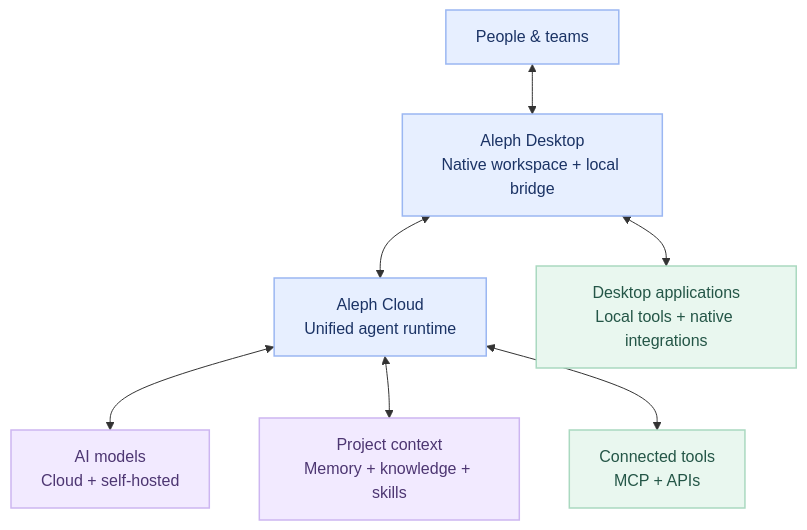
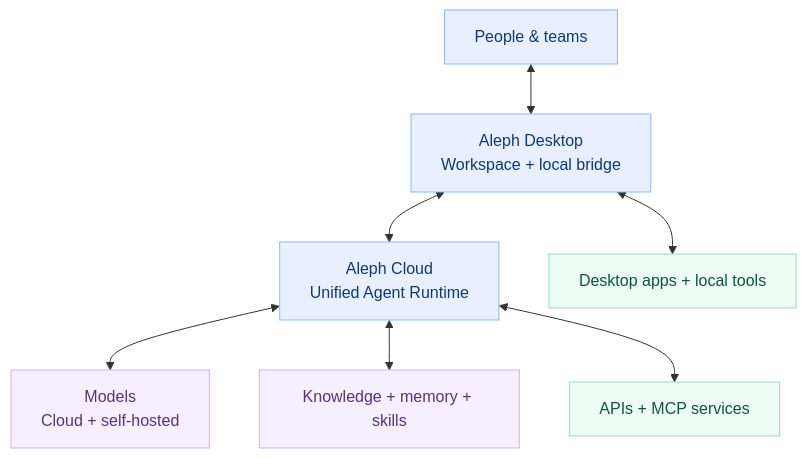
Before and after one commit to alephhq-tech/.github: the diagram in profile/README.md, drawn with Mermaid. The commit also changed other lines of this file, not shown here.

Commit message:
docs: redesign Aleph organization profile as modern product landing page

````diff
--- a/profile/README.md
+++ b/profile/README.md
@@ -86,15 +127,15 @@
-  ```mermaid
-  flowchart TB
-      U["People & teams"] <--> D["Aleph Desktop<br/>Native workspace + local bridge"]
-      D <--> C["Aleph Cloud<br/>Unified agent runtime"]
-      C <--> M["AI models<br/>Cloud + self-hosted"]
-      C <--> K["Project context<br/>Memory + knowledge + skills"]
-      C <--> T["Connected tools<br/>MCP + APIs"]
-      D <--> A["Desktop applications<br/>Local tools + native integrations"]
-      classDef blue fill:#e7efff,color:#1b3365,stroke:#9bb7f2,stroke-width:1.5px;
-      classDef lavender fill:#f2eaff,color:#4d3672,stroke:#cdb6f1,stroke-width:1.5px;
-      classDef mint fill:#e9f7ef,color:#245647,stroke:#aad9c0,stroke-width:1.5px;
-      class U,D,C blue;
-      class M,K lavender;
-      class T,A mint;
-  ```
+```mermaid
+flowchart TB
+  U["People & teams"] <--> D["Aleph Desktop<br/>Workspace + local bridge"]
+  D <--> C["Aleph Cloud<br/>Unified Agent Runtime"]
+  C <--> M["Models<br/>Cloud + self-hosted"]
+  C <--> K["Knowledge + memory + skills"]
+  C <--> T["APIs + MCP services"]
+  D <--> A["Desktop apps + local tools"]
+  classDef blue fill:#e8f0ff,color:#17376c,stroke:#8fb8ee;
+  classDef mint fill:#ecfbf3,color:#14543b,stroke:#9cdac0;
+  classDef lilac fill:#f6efff,color:#563576,stroke:#ceb5ec;
+  class U,D,C blue;
+  class A,T mint;
+  class M,K lilac;
+```
````
